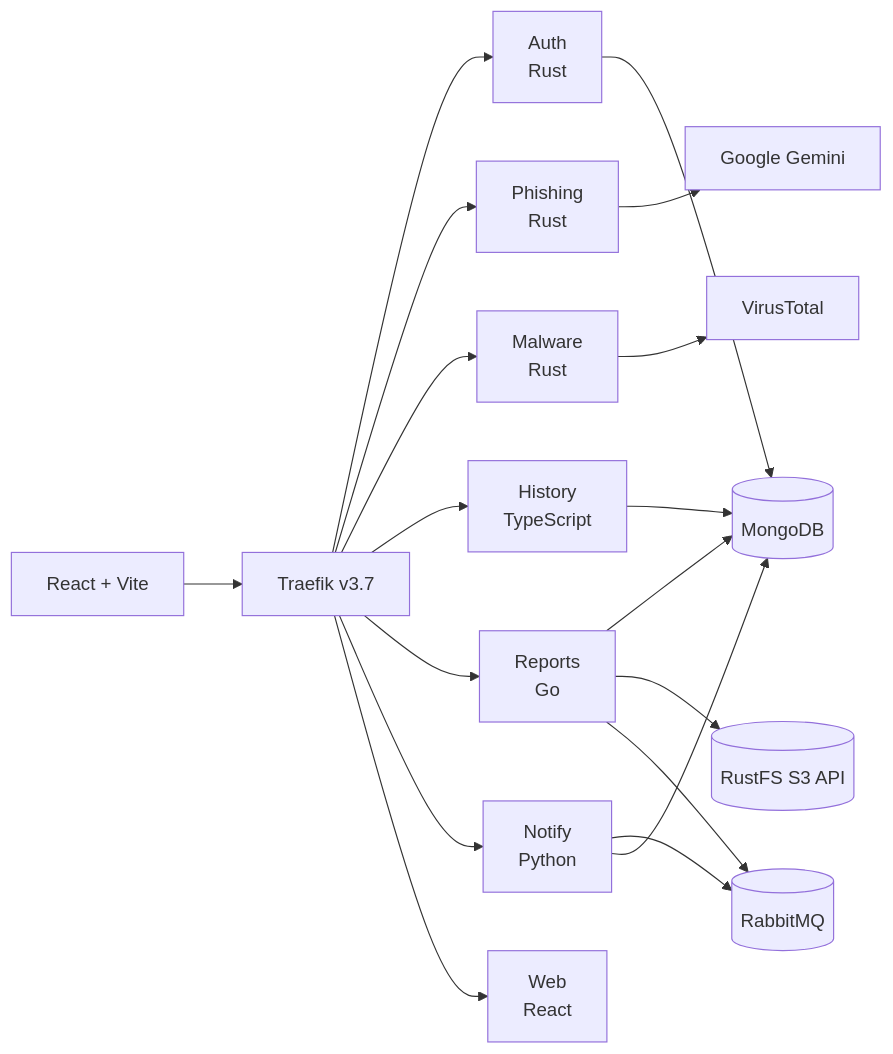
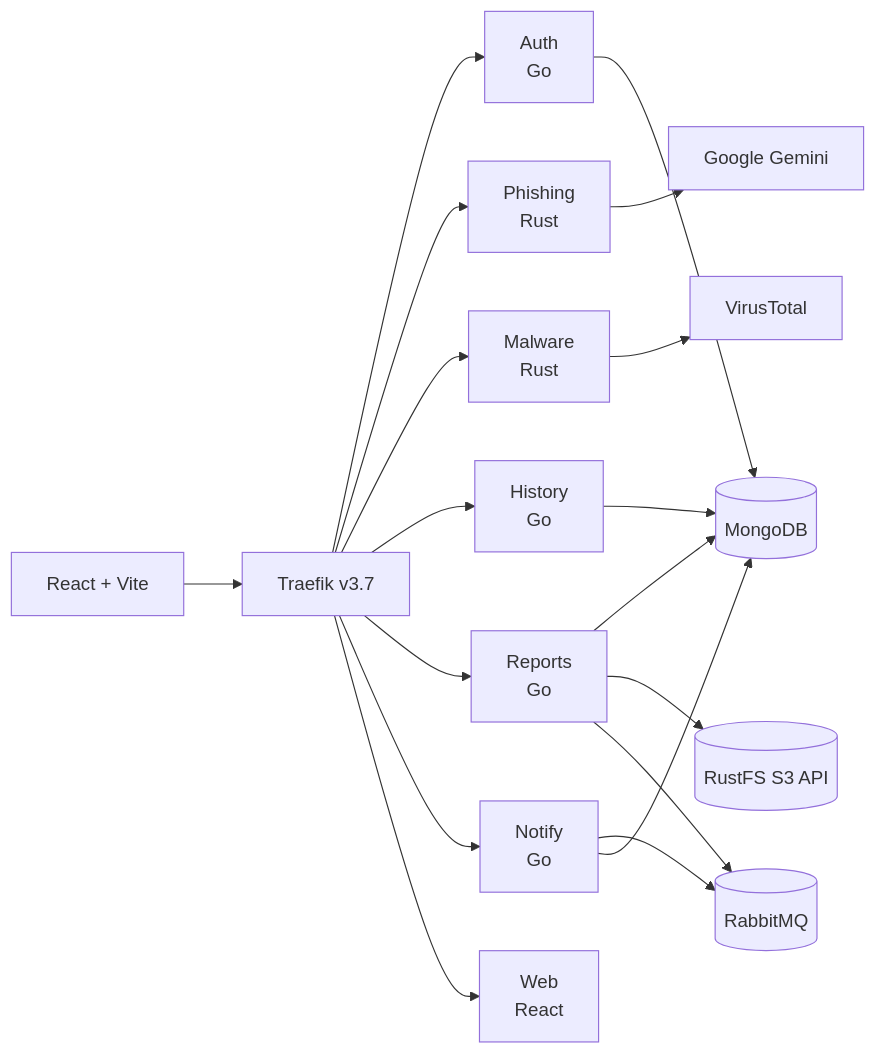
Before and after one commit to M33HA1/ForgeHarbor: the diagram in docs/obsidian/01-Architecture/System-Overview.md, drawn with Mermaid. The commit also changed other lines of this file and 28 other files, not shown here.

````diff
--- a/docs/obsidian/01-Architecture/System-Overview.md
+++ b/docs/obsidian/01-Architecture/System-Overview.md
@@ -14,22 +14,22 @@
 ```mermaid
 flowchart LR
     Browser[React + Vite] --> Traefik[Traefik v3.7]
-    Traefik --> Auth[Auth<br/>Rust]
+    Traefik --> Auth[Auth<br/>Go]
     Traefik --> Phishing[Phishing<br/>Rust]
     Traefik --> Malware[Malware<br/>Rust]
-    Traefik --> History[History<br/>TypeScript]
+    Traefik --> History[History<br/>Go]
     Traefik --> Reports[Reports<br/>Go]
-    Traefik --> Notify[Notify<br/>Python]
+    Traefik --> Notify[Notify<br/>Go]
     Traefik --> Web[Web<br/>React]
 
     Phishing --> Gemini[Google Gemini]
     Malware --> VirusTotal[VirusTotal]
 
     Auth --> Mongo[(MongoDB)]
     History --> Mongo
     Reports --> Mongo
     Reports --> RustFS[(RustFS S3 API)]
     Reports --> Rabbit[(RabbitMQ)]
     Notify --> Rabbit
     Notify --> Mongo
 ```
````
